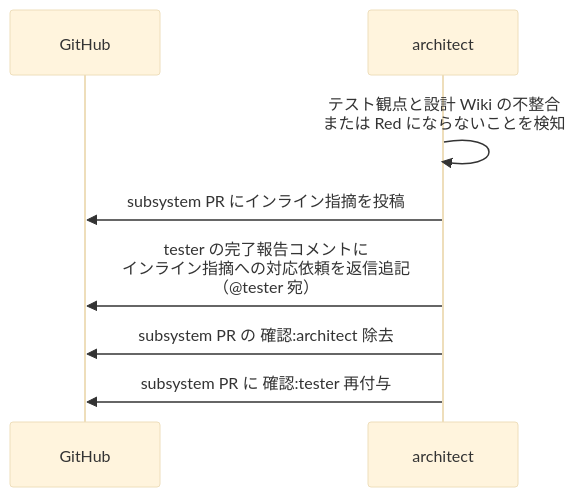
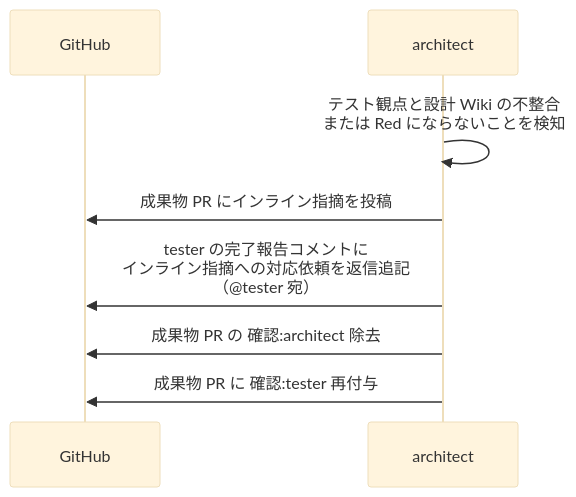
Before and after one commit to shuhei1101/ai-monitor: the third of 3 diagrams in docs/wiki/設計図/シナリオ/単一ユースケース/テストレビュー.md, drawn with Mermaid (base theme). The commit also changed other lines of this file and 256 other files, not shown here.

````diff
--- a/docs/wiki/設計図/シナリオ/単一ユースケース/テストレビュー.md
+++ b/docs/wiki/設計図/シナリオ/単一ユースケース/テストレビュー.md
@@ -116,11 +117,11 @@
 ```mermaid
 sequenceDiagram
   participant GH as GitHub
   participant MON as architect
 
   MON->>MON: テスト観点と設計 Wiki の不整合<br>または Red にならないことを検知
-  MON->>GH: subsystem PR にインライン指摘を投稿
+  MON->>GH: 成果物 PR にインライン指摘を投稿
   MON->>GH: tester の完了報告コメントに<br>インライン指摘への対応依頼を返信追記<br>（@tester 宛）
-  MON->>GH: subsystem PR の 確認:architect 除去
-  MON->>GH: subsystem PR に 確認:tester 再付与
+  MON->>GH: 成果物 PR の 確認:architect 除去
+  MON->>GH: 成果物 PR に 確認:tester 再付与
 ```
````
